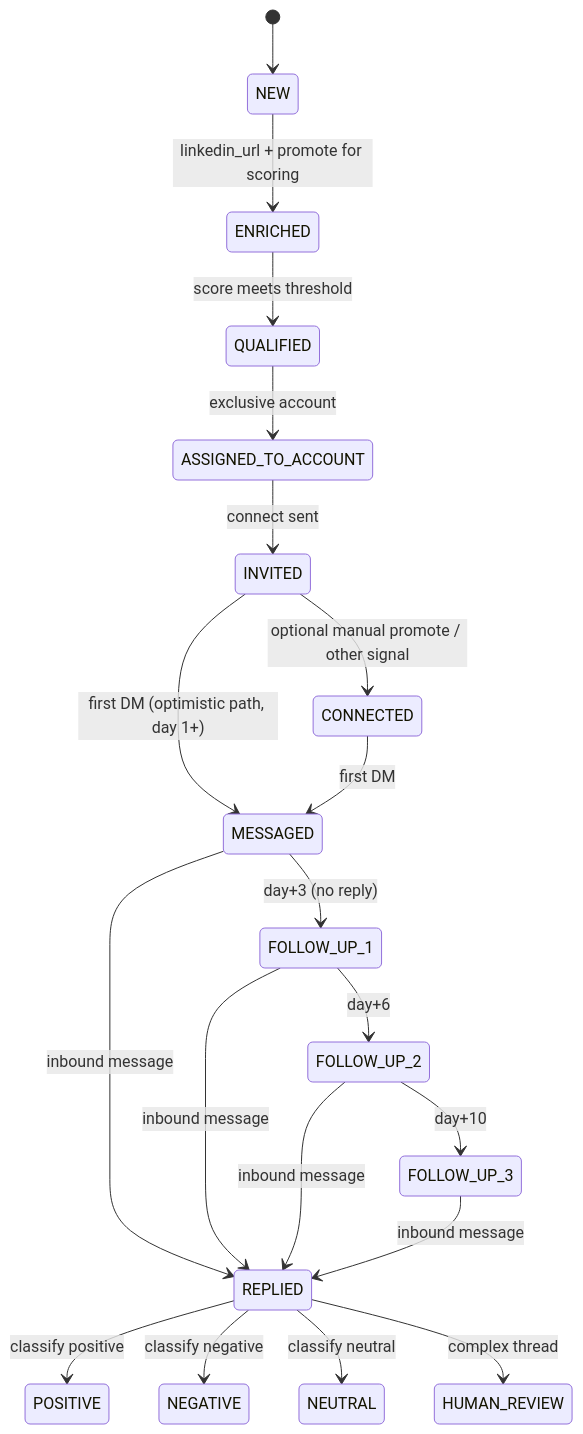
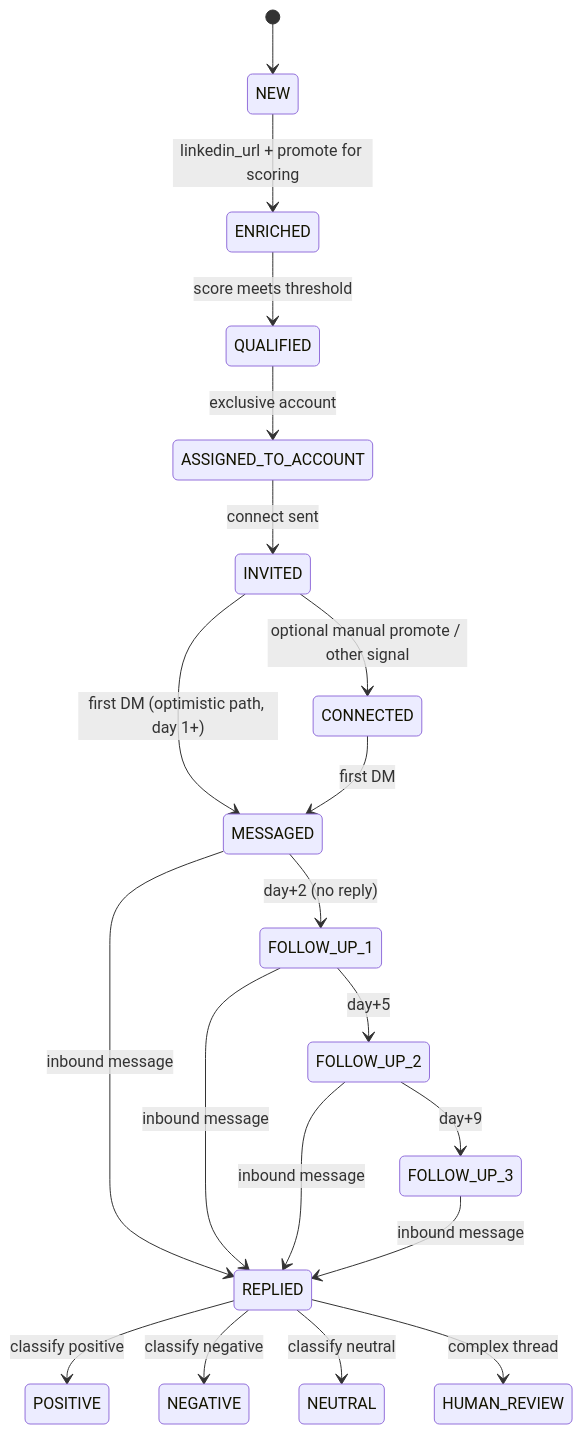
One commit to hamzaparvez-dev/linkedin-automation changed the second of 3 diagrams in README.md. Above: the diagram before and after it, drawn with Mermaid. The commit also changed other lines of this file and 6 other files, not shown here.

````diff
--- a/README.md
+++ b/README.md
@@ -356,22 +356,22 @@
 ```mermaid
 stateDiagram-v2
   [*] --> NEW
   NEW --> ENRICHED: linkedin_url + promote for scoring
   ENRICHED --> QUALIFIED: score meets threshold
   QUALIFIED --> ASSIGNED_TO_ACCOUNT: exclusive account
   ASSIGNED_TO_ACCOUNT --> INVITED: connect sent
   INVITED --> CONNECTED: optional manual promote / other signal
   INVITED --> MESSAGED: first DM (optimistic path, day 1+)
   CONNECTED --> MESSAGED: first DM
-  MESSAGED --> FOLLOW_UP_1: day+3 (no reply)
-  FOLLOW_UP_1 --> FOLLOW_UP_2: day+6
-  FOLLOW_UP_2 --> FOLLOW_UP_3: day+10
+  MESSAGED --> FOLLOW_UP_1: day+2 (no reply)
+  FOLLOW_UP_1 --> FOLLOW_UP_2: day+5
+  FOLLOW_UP_2 --> FOLLOW_UP_3: day+9
   MESSAGED --> REPLIED: inbound message
   FOLLOW_UP_1 --> REPLIED: inbound message
   FOLLOW_UP_2 --> REPLIED: inbound message
   FOLLOW_UP_3 --> REPLIED: inbound message
   REPLIED --> POSITIVE: classify positive
   REPLIED --> NEGATIVE: classify negative
   REPLIED --> NEUTRAL: classify neutral
   REPLIED --> HUMAN_REVIEW: complex thread
 ```
````
